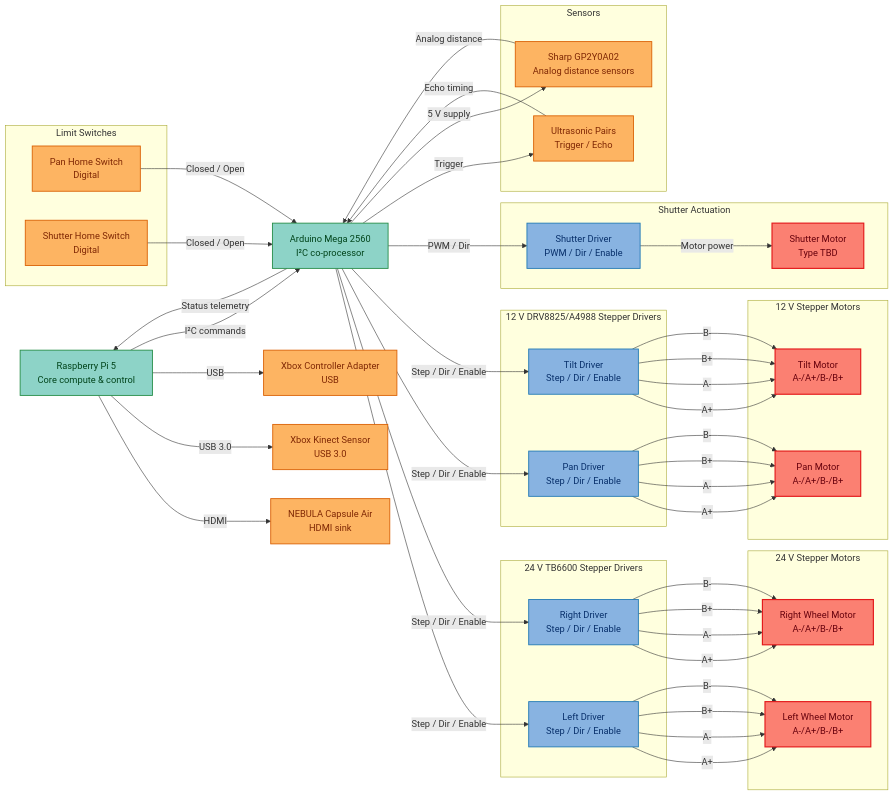
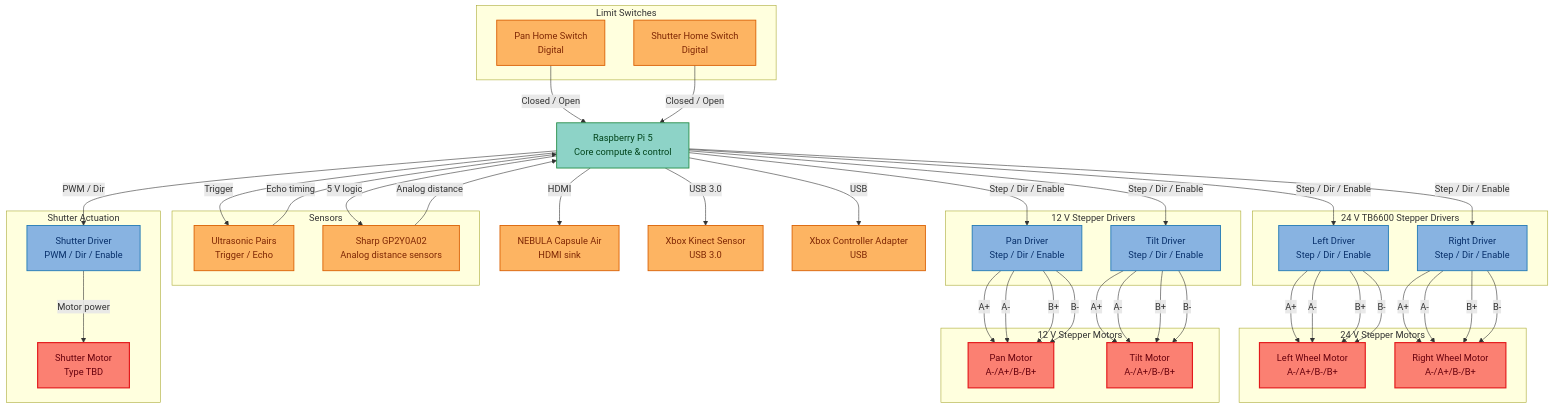
One commit to Mutilar/Marp changed the second of 3 diagrams in readme.md. Above: the diagram before and after it, drawn with Mermaid. The commit also changed other lines of this file and 8 other files, not shown here.

````diff
--- a/readme.md
+++ b/readme.md
@@ -100,27 +92,26 @@
 ```mermaid
-graph LR
+graph TB
     Pi["Raspberry Pi 5\nCore compute & control"]
     Projector["NEBULA Capsule Air\nHDMI sink"]
     Kinect["Xbox Kinect Sensor\nUSB 3.0"]
     Controller["Xbox Controller Adapter\nUSB"]
-    Arduino["Arduino Mega 2560\nI²C co-processor"]
 
-    subgraph StepperDrivers24["24 V TB6600 Stepper Drivers"]
+    subgraph StepperDrivers24["24 V TB6600 Stepper Drivers"]
         StepperL["Left Driver\nStep / Dir / Enable"]
         StepperR["Right Driver\nStep / Dir / Enable"]
     end
 
-    subgraph StepperDrivers12["12 V DRV8825/A4988 Stepper Drivers"]
+    subgraph StepperDrivers12["12 V Stepper Drivers"]
         StepperPan["Pan Driver\nStep / Dir / Enable"]
         StepperTilt["Tilt Driver\nStep / Dir / Enable"]
     end
 
-    subgraph StepperMotors24["24 V Stepper Motors"]
+    subgraph StepperMotors24["24 V Stepper Motors"]
         MotorLeft["Left Wheel Motor\nA-/A+/B-/B+"]
         MotorRight["Right Wheel Motor\nA-/A+/B-/B+"]
     end
 
-    subgraph StepperMotors12["12 V Stepper Motors"]
+    subgraph StepperMotors12["12 V Stepper Motors"]
         MotorPan["Pan Motor\nA-/A+/B-/B+"]
         MotorTilt["Tilt Motor\nA-/A+/B-/B+"]
     end
@@ -143,19 +134,17 @@
     Pi -->|HDMI| Projector
     Pi -->|USB 3.0| Kinect
     Pi -->|USB| Controller
-    Pi -->|I²C commands| Arduino
-    Arduino -->|Status telemetry| Pi
-    Arduino -->|Step / Dir / Enable| StepperL
-    Arduino -->|Step / Dir / Enable| StepperR
-    Arduino -->|Step / Dir / Enable| StepperPan
-    Arduino -->|Step / Dir / Enable| StepperTilt
-    Arduino -->|PWM / Dir| ShutterDriver
-    Arduino -->|Trigger| UltrasonicArray
-    UltrasonicArray -->|Echo timing| Arduino
-    IRArray -->|Analog distance| Arduino
-    Arduino -->|5 V supply| IRArray
-    PanLimit -->|Closed / Open| Arduino
-    ShutterLimit -->|Closed / Open| Arduino
+    Pi -->|Step / Dir / Enable| StepperL
+    Pi -->|Step / Dir / Enable| StepperR
+    Pi -->|Step / Dir / Enable| StepperPan
+    Pi -->|Step / Dir / Enable| StepperTilt
+    Pi -->|PWM / Dir| ShutterDriver
+    Pi -->|Trigger| UltrasonicArray
+    UltrasonicArray -->|Echo timing| Pi
+    IRArray -->|Analog distance| Pi
+    Pi -->|5 V logic| IRArray
+    PanLimit -->|Closed / Open| Pi
+    ShutterLimit -->|Closed / Open| Pi
 
     StepperL -->|A+| MotorLeft
     StepperL -->|A-| MotorLeft
@@ -175,7 +164,7 @@
     StepperTilt -->|B-| MotorTilt
     ShutterDriver -->|Motor power| ShutterMotor
 
-    class Pi,Arduino compute
+    class Pi compute
     class Projector,Kinect,Controller,UltrasonicArray,IRArray,PanLimit,ShutterLimit peripheral
     class StepperL,StepperR,StepperPan,StepperTilt,ShutterDriver driver
     class MotorLeft,MotorRight,MotorPan,MotorTilt,ShutterMotor motor
````
